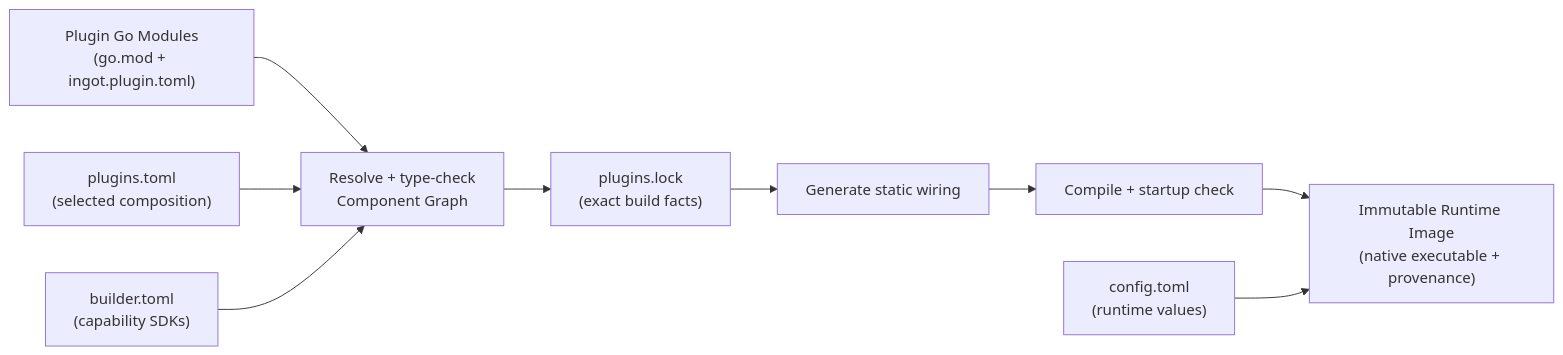
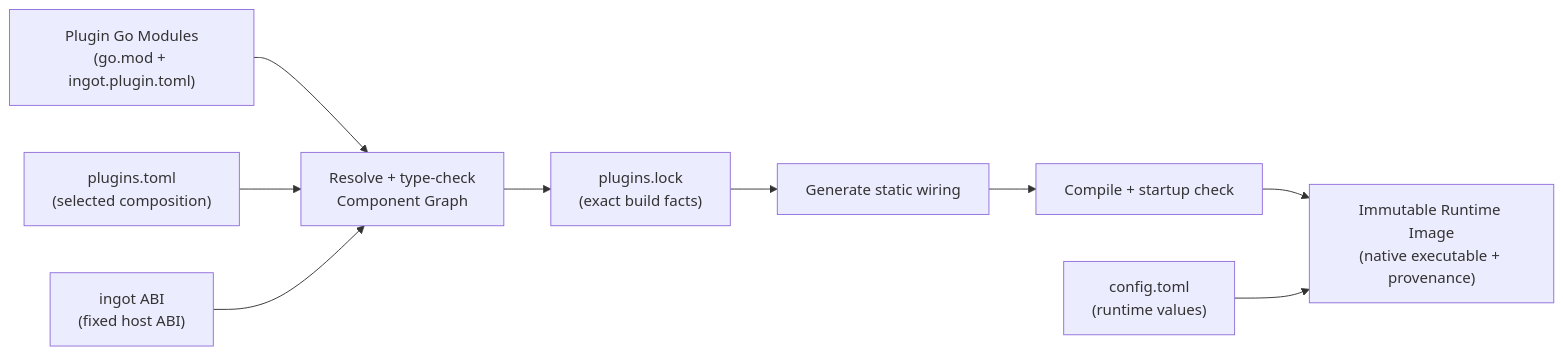
Before and after one commit to ingot-agent/ingot: the diagram in README.md, drawn with Mermaid. The commit also changed other lines of this file and 97 other files, not shown here.

Commit message:
feat(builder): adopt ingot ABI

````diff
--- a/README.md
+++ b/README.md
@@ -110,11 +110,11 @@
 ```mermaid
 flowchart LR
     Plugins["Plugin Go Modules<br/>(go.mod + ingot.plugin.toml)"] --> Resolve
     Desired["plugins.toml<br/>(selected composition)"] --> Resolve
-    SDKs["builder.toml<br/>(capability SDKs)"] --> Resolve
+    Runtime["ingot ABI<br/>(fixed host ABI)"] --> Resolve
     Resolve["Resolve + type-check<br/>Component Graph"] --> Lock["plugins.lock<br/>(exact build facts)"]
     Lock --> Generate["Generate static wiring"]
     Generate --> Compile["Compile + startup check"]
     Compile --> Image["Immutable Runtime Image<br/>(native executable + provenance)"]
     Config["config.toml<br/>(runtime values)"] --> Image
 ```
````
